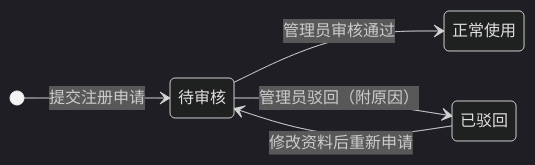
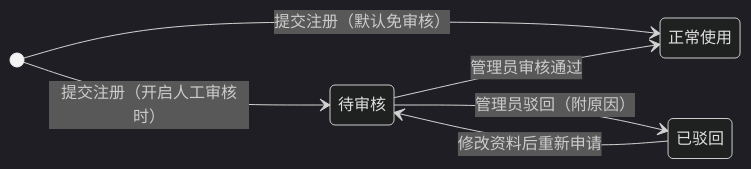
One commit to pluchon/meng_center changed the seventh of 14 diagrams in README.md. Above: the diagram before and after it, drawn with Mermaid (dark theme). The commit also changed other lines of this file and 23 other files, not shown here.

````diff
--- a/README.md
+++ b/README.md
@@ -177,12 +181,13 @@
 ```mermaid
 stateDiagram-v2
     direction LR
     state "待审核" as Pending
     state "正常使用" as Active
     state "已驳回" as Rejected
 
-    [*] --> Pending: 提交注册申请
+    [*] --> Active: 提交注册（默认免审核）
+    [*] --> Pending: 提交注册（开启人工审核时）
     Pending --> Active: 管理员审核通过
     Pending --> Rejected: 管理员驳回（附原因）
     Rejected --> Pending: 修改资料后重新申请
 ```
````
